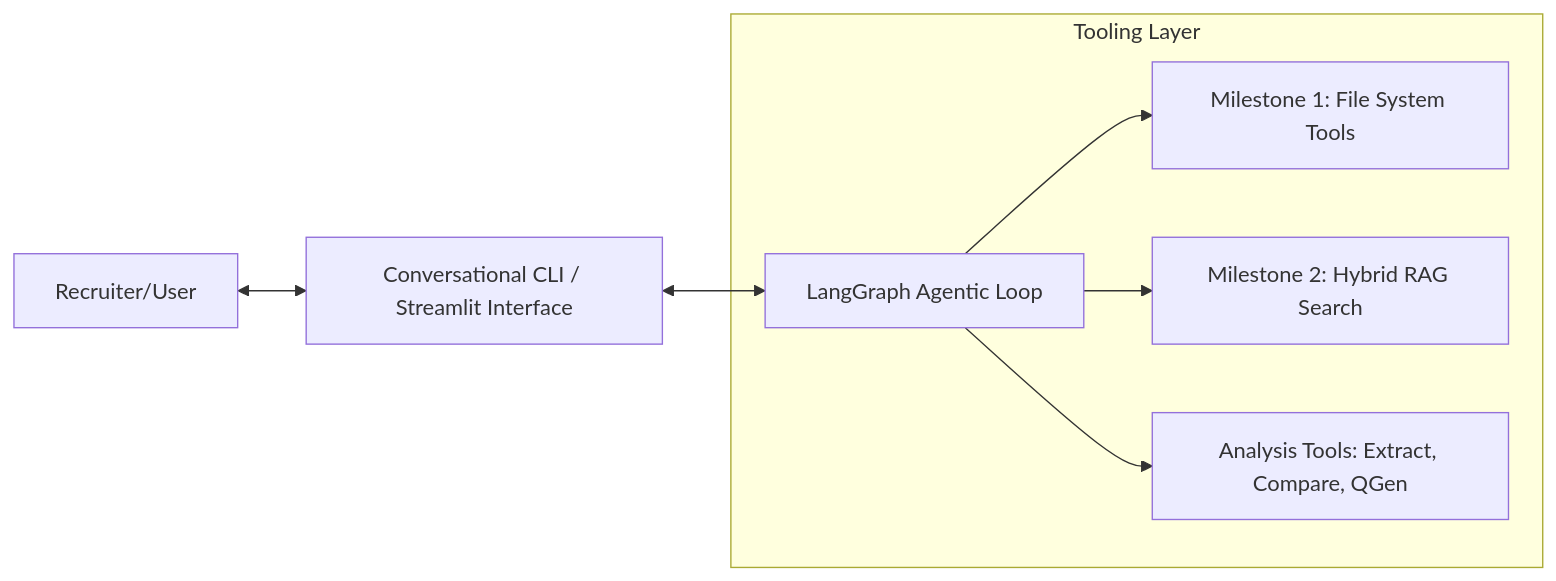
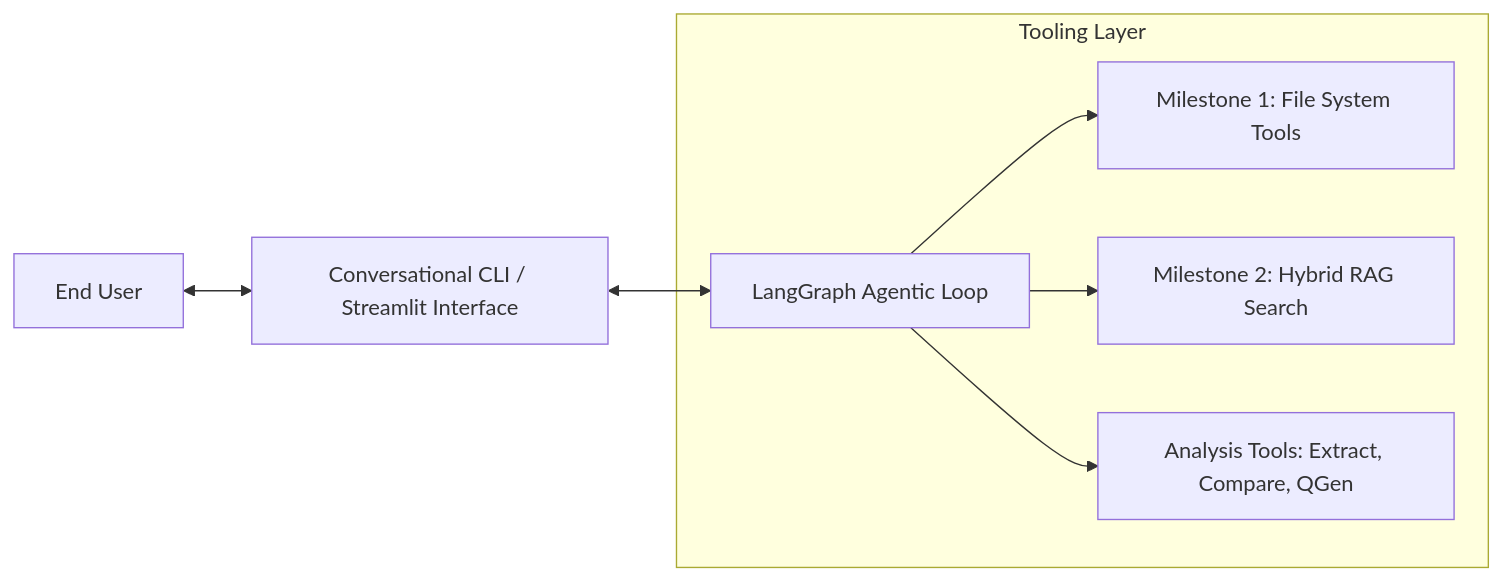
Before and after one commit to shashankch/agentic-profile-matching-engine: the first of 3 diagrams in docs/architecture.md, drawn with Mermaid. The commit also changed other lines of this file and 10 other files, not shown here.

Commit message:
feat(ingestion): Phase 9.4 & Phase 10.1 - PyMuPDF layout ingestion & Architecture Decision Records (v1.0.0)

````diff
--- a/docs/architecture.md
+++ b/docs/architecture.md
@@ -15,10 +15,10 @@
 ```mermaid
 graph LR
-    User[Recruiter/User] <--> UX[Conversational CLI / Streamlit Interface]
+    User[End User] <--> UX[Conversational CLI / Streamlit Interface]
     UX <--> Agent[LangGraph Agentic Loop]
     subgraph Tooling Layer
         Agent --> FS[Milestone 1: File System Tools]
         Agent --> RAG[Milestone 2: Hybrid RAG Search]
         Agent --> Analysis[Analysis Tools: Extract, Compare, QGen]
     end
 ```
````
